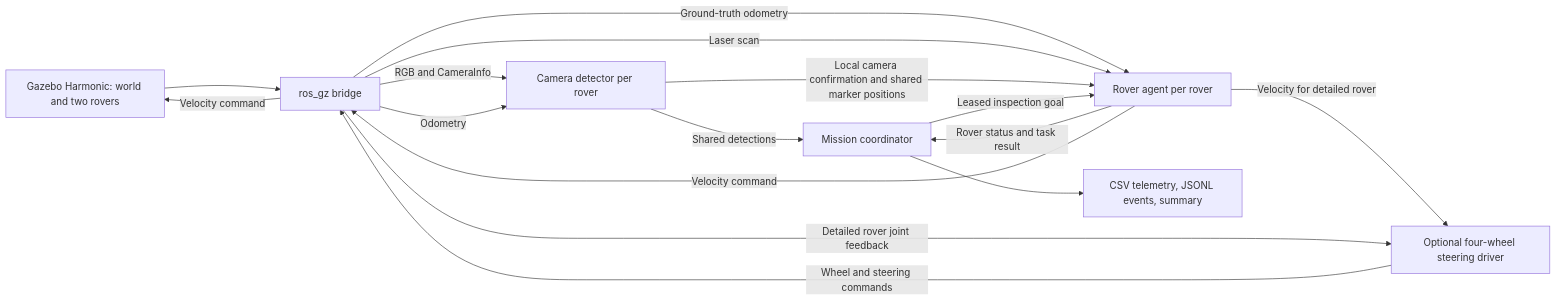
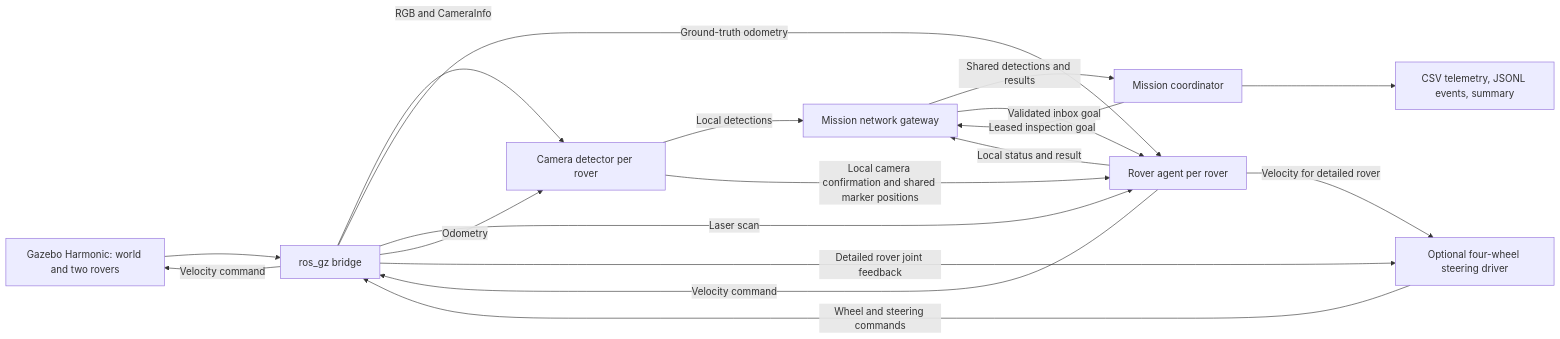
Before and after one commit to pedror1beiro/meec: the diagram in unidades-curriculares/rsdis/projeto/docs/ARCHITECTURE.md, drawn with Mermaid. The commit also changed other lines of this file and 147 other files, not shown here.

````diff
--- a/unidades-curriculares/rsdis/projeto/docs/ARCHITECTURE.md
+++ b/unidades-curriculares/rsdis/projeto/docs/ARCHITECTURE.md
@@ -3,18 +3,20 @@
 ```mermaid
 flowchart LR
     G[Gazebo Harmonic: world and two rovers] --> B[ros_gz bridge]
     B -->|RGB and CameraInfo| D[Camera detector per rover]
     B -->|Ground-truth odometry| A[Rover agent per rover]
     B -->|Laser scan| A
     B -->|Odometry| D
-    D -->|Shared detections| C[Mission coordinator]
+    D -->|Local detections| N[Mission network gateway]
+    N -->|Shared detections and results| C[Mission coordinator]
     D -->|Local camera confirmation and shared marker positions| A
-    A -->|Rover status and task result| C
-    C -->|Leased inspection goal| A
+    A -->|Local status and result| N
+    C -->|Leased inspection goal| N
+    N -->|Validated inbox goal| A
     A -->|Velocity command| B
     A -->|Velocity for detailed rover| V[Optional four-wheel steering driver]
     V -->|Wheel and steering commands| B
     B -->|Detailed rover joint feedback| V
     B -->|Velocity command| G
     C --> M[CSV telemetry, JSONL events, summary]
 ```
````
